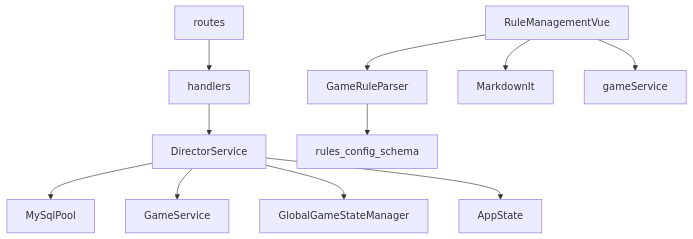
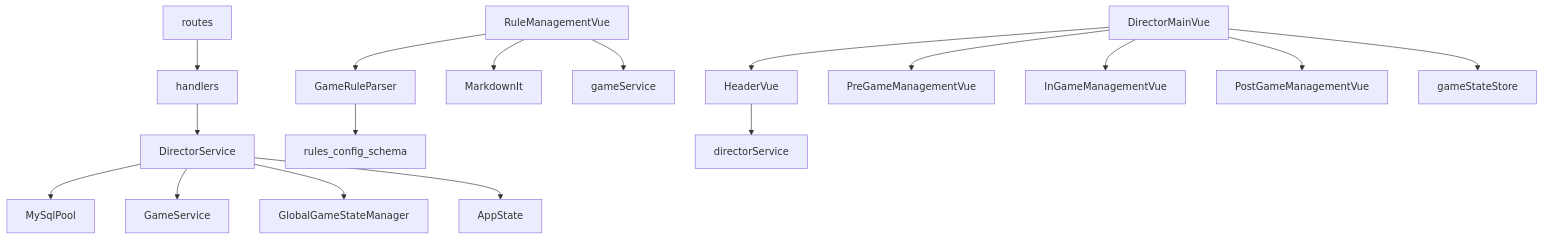
Before and after one commit to ITX351/royale-arena: diagram 14 of 14 in .qoder/repowiki/zh/content/导演控制台功能.md, drawn with Mermaid. The commit also changed other lines of this file and 7 other files, not shown here.

````diff
--- a/.qoder/repowiki/zh/content/导演控制台功能.md
+++ b/.qoder/repowiki/zh/content/导演控制台功能.md
@@ -374,13 +531,19 @@
 ```mermaid
 graph TD
 DirectorService --> MySqlPool
 DirectorService --> GameService
 DirectorService --> GlobalGameStateManager
 DirectorService --> AppState
 handlers --> DirectorService
 routes --> handlers
 RuleManagementVue --> GameRuleParser
 RuleManagementVue --> MarkdownIt
 RuleManagementVue --> gameService
 GameRuleParser --> rules_config_schema
+DirectorMainVue --> HeaderVue
+DirectorMainVue --> PreGameManagementVue
+DirectorMainVue --> InGameManagementVue
+DirectorMainVue --> PostGameManagementVue
+DirectorMainVue --> gameStateStore
+HeaderVue --> directorService
 ```
````
